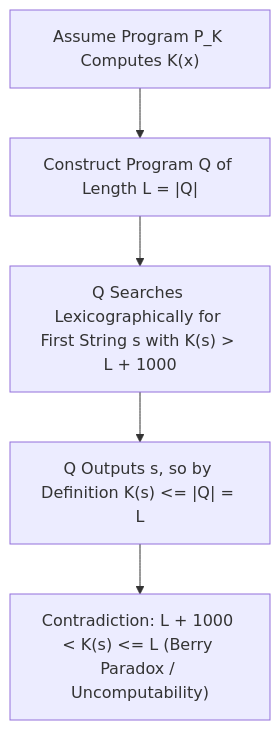
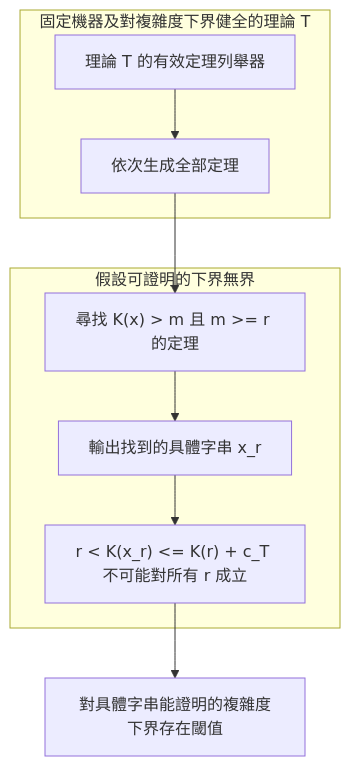
One commit to kenjinote/blog changed the second of 2 diagrams in content/post/kolmogorov-complexity-algorithmic-information-theory-incompressibility-randomness/index.zh-tw.md. Above: the diagram before and after it, drawn with Mermaid. The commit also changed other lines of this file and 17 other files, not shown here.

````diff
--- a/content/post/kolmogorov-complexity-algorithmic-information-theory-incompressibility-randomness/index.zh-tw.md
+++ b/content/post/kolmogorov-complexity-algorithmic-information-theory-incompressibility-randomness/index.zh-tw.md
@@ -76,7 +353,15 @@
 ```mermaid
 flowchart TD
-    A["Assume Program P_K Computes K(x)"] --> B["Construct Program Q of Length L = |Q|"]
-    B --> C["Q Searches Lexicographically for First String s with K(s) > L + 1000"]
-    C --> D["Q Outputs s, so by Definition K(s) <= |Q| = L"]
-    D --> E["Contradiction: L + 1000 < K(s) <= L (Berry Paradox / Uncomputability)"]
+    subgraph FormalSystem["固定機器及對複雜度下界健全的理論 T"]
+        Axioms["理論 T 的有效定理列舉器"]
+        Enumerator["依次生成全部定理"]
+        Axioms --> Enumerator
+    end
+    subgraph ContradictionLoop["假設可證明的下界無界"]
+        Target["尋找 K(x) > m 且 m >= r 的定理"]
+        Output["輸出找到的具體字串 x_r"]
+        Clash["r < K(x_r) <= K(r) + c_T 不可能對所有 r 成立"]
+    end
+    Enumerator --> Target --> Output --> Clash
+    Clash --> Conclusion["對具體字串能證明的複雜度下界存在閾值"]
 ```
````
